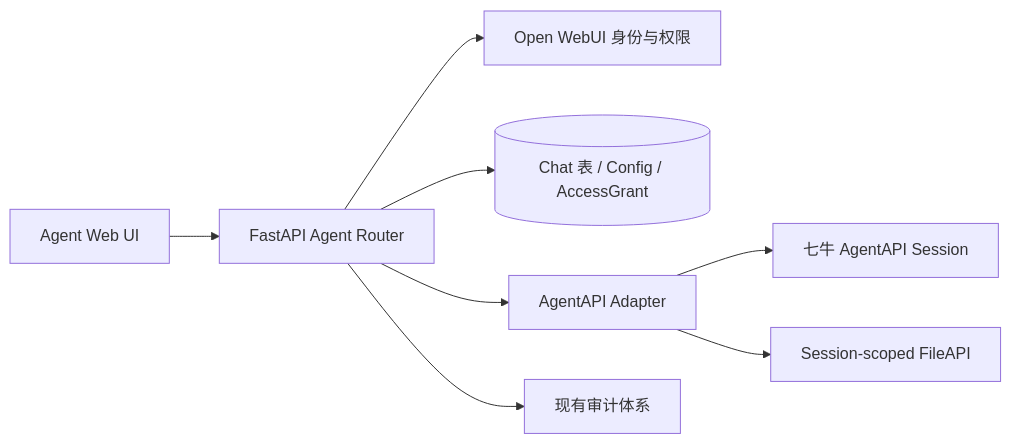
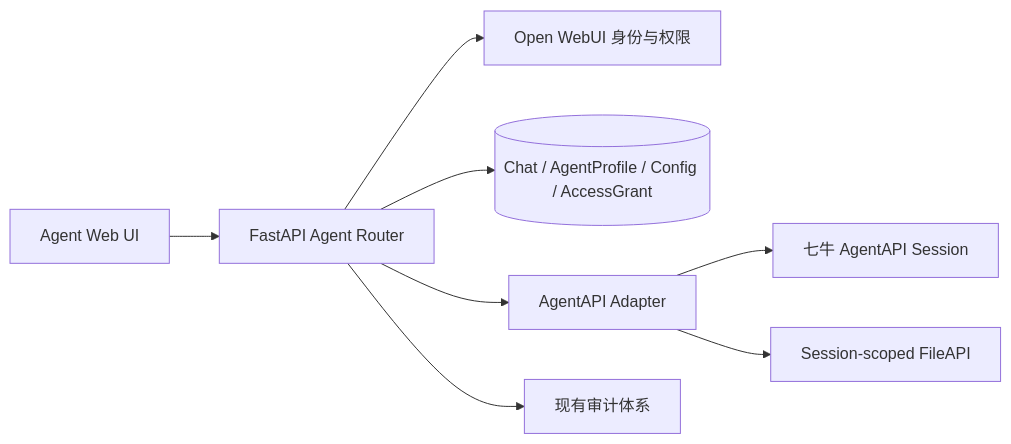
One commit to luoliwoshang/open-webui changed the diagram in docs/AGENT_MODE_TECHNICAL_DESIGN.md. Above: the diagram before and after it, drawn with Mermaid. The commit also changed other lines of this file and 1 other file, not shown here.

Commit message:
docs: define default agent profile configuration

````diff
--- a/docs/AGENT_MODE_TECHNICAL_DESIGN.md
+++ b/docs/AGENT_MODE_TECHNICAL_DESIGN.md
@@ -51,10 +54,10 @@
 ```mermaid
 flowchart LR
     UI[Agent Web UI] --> API[FastAPI Agent Router]
     API --> AUTH[Open WebUI 身份与权限]
-    API --> DB[(Chat 表 / Config / AccessGrant)]
+    API --> DB[(Chat / AgentProfile / Config / AccessGrant)]
     API --> AD[AgentAPI Adapter]
     AD --> S[七牛 AgentAPI Session]
     AD --> F[Session-scoped FileAPI]
     API --> AUDIT[现有审计体系]
 ```
````
